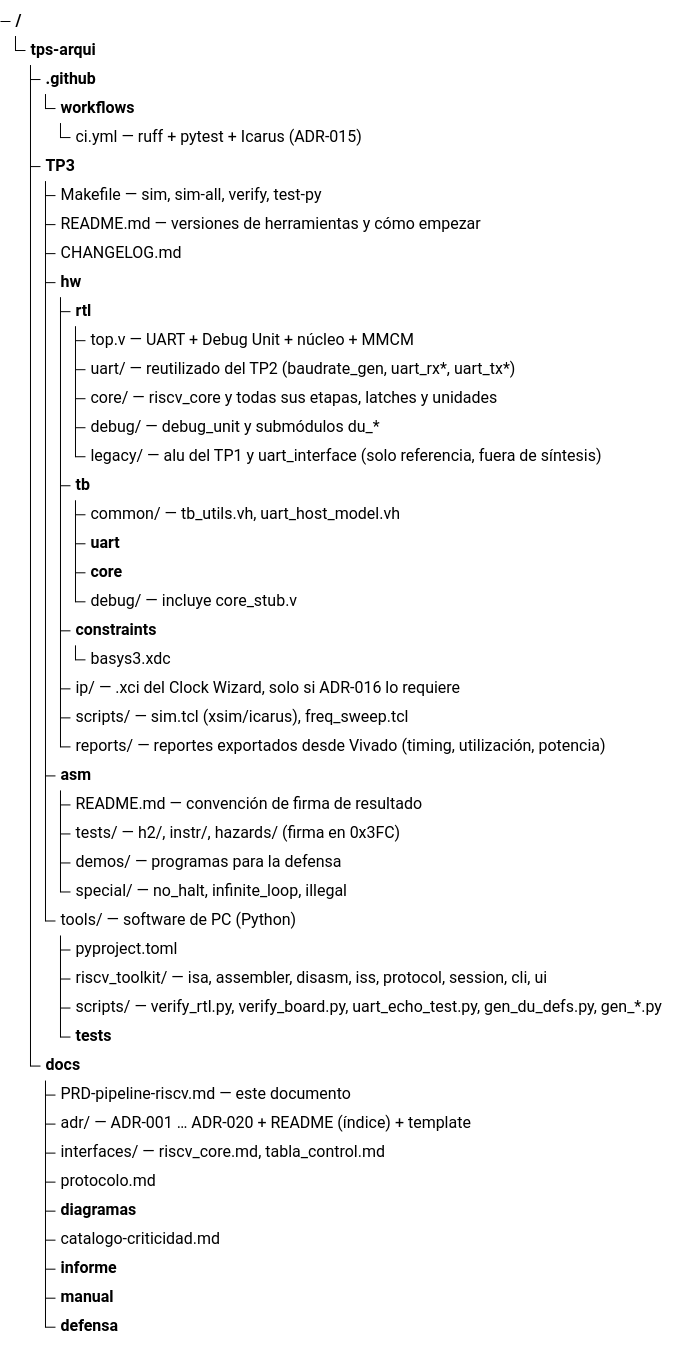
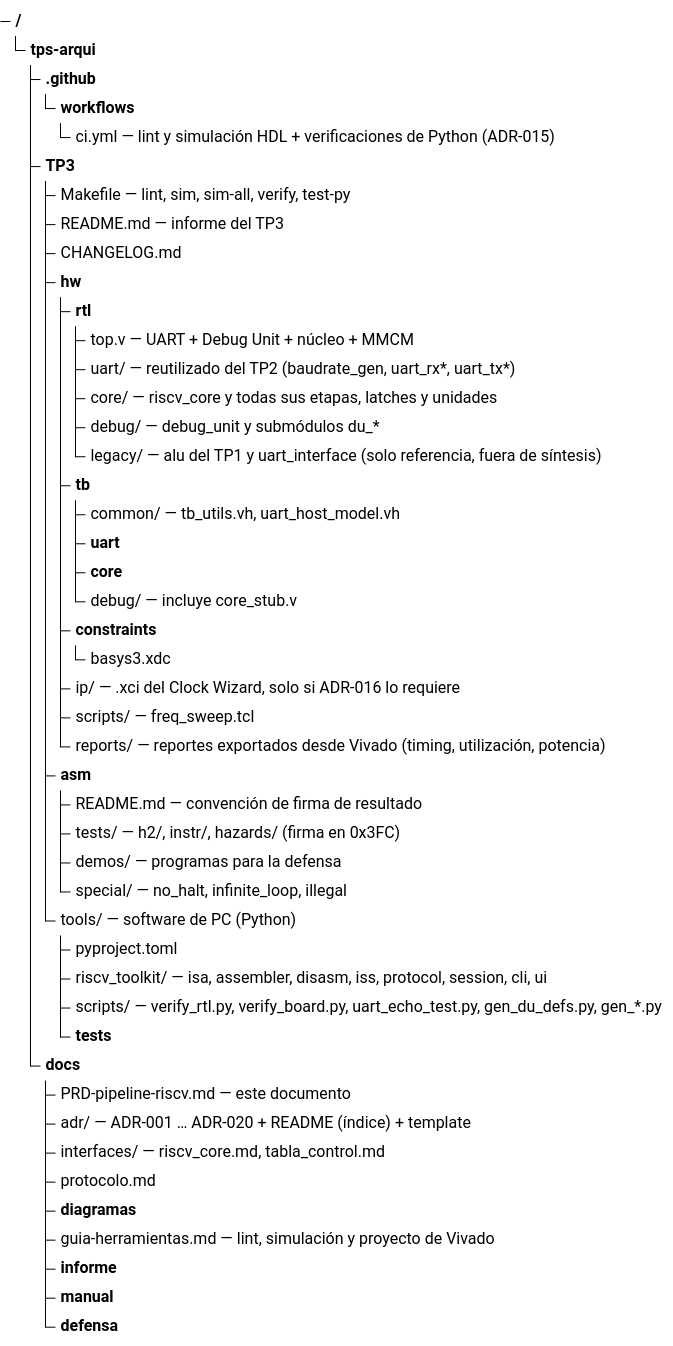
Before and after one commit to nicopinera/tps-arqui: diagram 47 of 47 in docs/PRD-pipeline-riscv.md, drawn with Mermaid. The commit also changed other lines of this file and 8 other files, not shown here.

````diff
--- a/docs/PRD-pipeline-riscv.md
+++ b/docs/PRD-pipeline-riscv.md
@@ -2144,48 +2146,48 @@
 ```mermaid
 treeView-beta
     "tps-arqui/"
         ".github/"
             "workflows/"
-                "ci.yml — ruff + pytest + Icarus (ADR-015)"
+                "ci.yml — lint y simulación HDL + verificaciones de Python (ADR-015)"
         "TP3/"
-            "Makefile — sim, sim-all, verify, test-py"
-            "README.md — versiones de herramientas y cómo empezar"
+            "Makefile — lint, sim, sim-all, verify, test-py"
+            "README.md — informe del TP3"
             "CHANGELOG.md"
             "hw/"
                 "rtl/"
                     "top.v — UART + Debug Unit + núcleo + MMCM"
                     "uart/ — reutilizado del TP2 (baudrate_gen, uart_rx*, uart_tx*)"
                     "core/ — riscv_core y todas sus etapas, latches y unidades"
                     "debug/ — debug_unit y submódulos du_*"
                     "legacy/ — alu del TP1 y uart_interface (solo referencia, fuera de síntesis)"
                 "tb/"
                     "common/ — tb_utils.vh, uart_host_model.vh"
                     "uart/"
                     "core/"
                     "debug/ — incluye core_stub.v"
                 "constraints/"
                     "basys3.xdc"
                 "ip/ — .xci del Clock Wizard, solo si ADR-016 lo requiere"
-                "scripts/ — sim.tcl (xsim/icarus), freq_sweep.tcl"
+                "scripts/ — freq_sweep.tcl"
                 "reports/ — reportes exportados desde Vivado (timing, utilización, potencia)"
             "asm/"
                 "README.md — convención de firma de resultado"
                 "tests/ — h2/, instr/, hazards/ (firma en 0x3FC)"
                 "demos/ — programas para la defensa"
                 "special/ — no_halt, infinite_loop, illegal"
             "tools/ — software de PC (Python)"
                 "pyproject.toml"
                 "riscv_toolkit/ — isa, assembler, disasm, iss, protocol, session, cli, ui"
                 "scripts/ — verify_rtl.py, verify_board.py, uart_echo_test.py, gen_du_defs.py, gen_*.py"
                 "tests/"
         "docs/"
             "PRD-pipeline-riscv.md — este documento"
             "adr/ — ADR-001 … ADR-020 + README (índice) + template"
             "interfaces/ — riscv_core.md, tabla_control.md"
             "protocolo.md"
             "diagramas/"
-            "catalogo-criticidad.md"
+            "guia-herramientas.md — lint, simulación y proyecto de Vivado"
             "informe/"
             "manual/"
             "defensa/"
 ```
````
